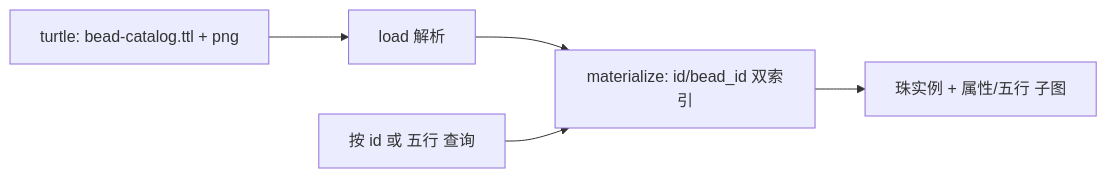
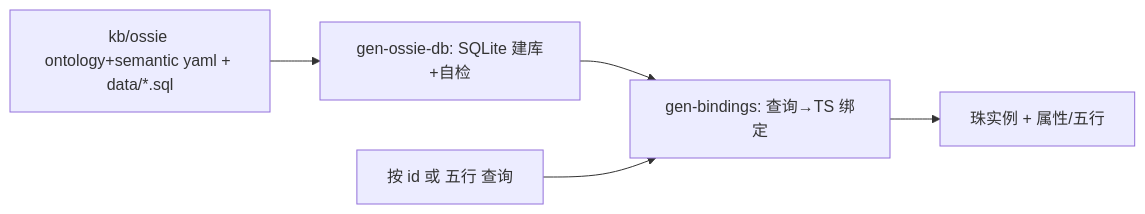
Before and after one commit to ZiFan1117/bazidiy: the first of 4 diagrams in atoms/bazidiy.kb.bead_catalog.atom.md, drawn with Mermaid. The commit also changed other lines of this file and 15 other files, not shown here.

First line of the commit message:
feat(kb/ossie): 珠子本体库迁移到 Apache Ossie 标准（ontology+semantic+SQLite） (#4)

````diff
--- a/atoms/bazidiy.kb.bead_catalog.atom.md
+++ b/atoms/bazidiy.kb.bead_catalog.atom.md
@@ -28,7 +28,7 @@
 ```mermaid
 flowchart LR
-S[turtle: bead-catalog.ttl + png] --> L[load 解析]
-L --> M[materialize: id/bead_id 双索引]
-Q[按 id 或 五行 查询] --> M
-M --> O[珠实例 + 属性/五行 子图]
+S[kb/ossie ontology+semantic yaml + data/*.sql] --> L[gen-ossie-db: SQLite 建库+自检]
+L --> B[gen-bindings: 查询→TS 绑定]
+Q[按 id 或 五行 查询] --> B
+B --> O[珠实例 + 属性/五行]
 ```
````
